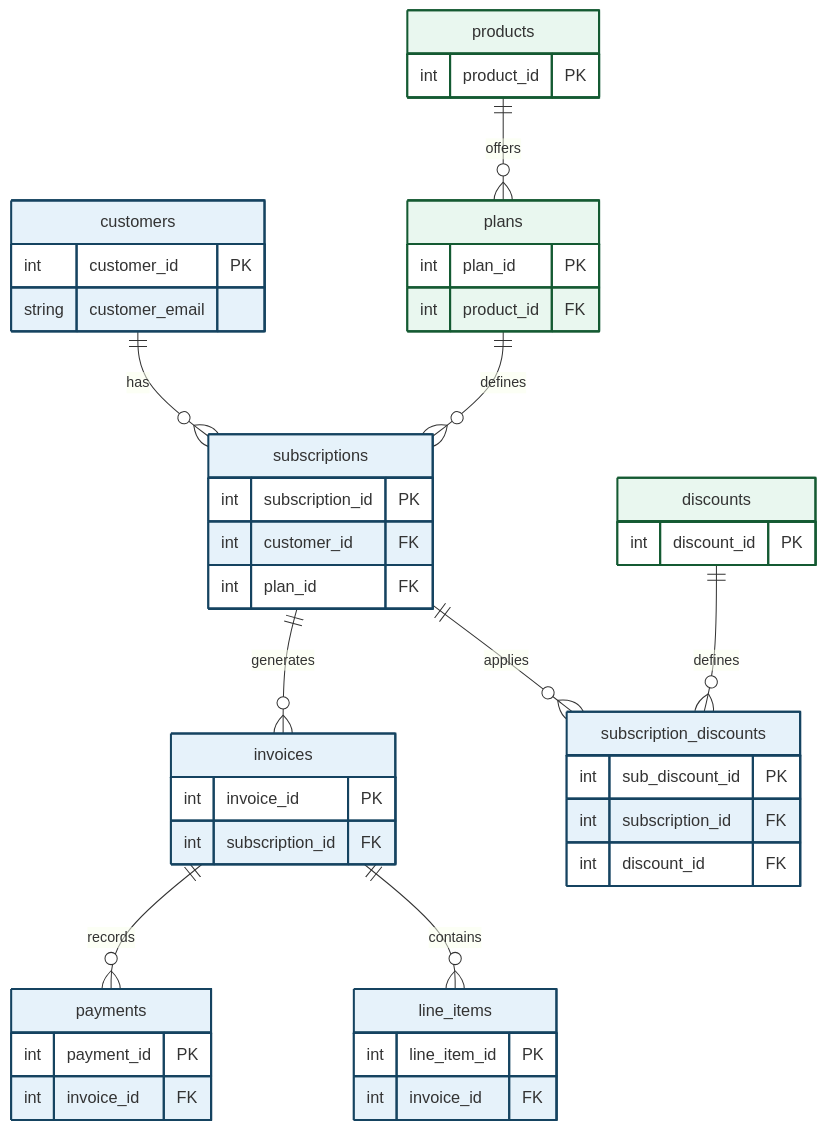
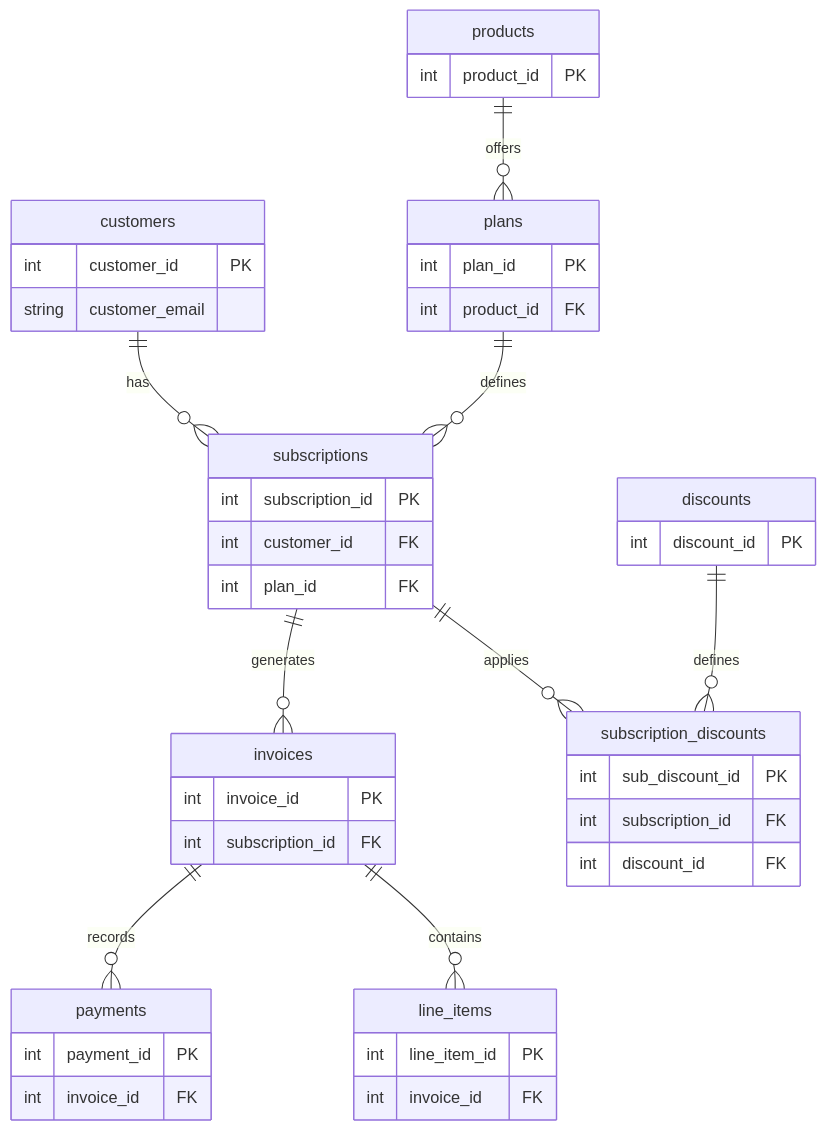
The second of 2 diagrams in load/readme.md (jugal-chauhan04/DataFlowIQ), drawn with Mermaid before and after one commit. The commit also changed other lines of this file, not shown here.

Commit message:
Created mermaid diagram for schema

````diff
--- a/load/readme.md
+++ b/load/readme.md
@@ -153,61 +155,48 @@
 ```mermaid
 erDiagram
     customers {
         int customer_id PK
         string customer_email
     }
     subscriptions {
         int subscription_id PK
         int customer_id FK
         int plan_id FK
     }
     invoices {
         int invoice_id PK
         int subscription_id FK
     }
     payments {
         int payment_id PK
         int invoice_id FK
     }
     line_items {
         int line_item_id PK
         int invoice_id FK
     }
     subscription_discounts {
         int sub_discount_id PK
         int subscription_id FK
         int discount_id FK
     }
     products {
         int product_id PK
     }
     plans {
         int plan_id PK
         int product_id FK
     }
     discounts {
         int discount_id PK
     }
 
     customers ||--o{ subscriptions : "has"
     subscriptions ||--o{ invoices : "generates"
     invoices ||--o{ payments : "records"
     invoices ||--o{ line_items : "contains"
     subscriptions ||--o{ subscription_discounts : "applies"
     products ||--o{ plans : "offers"
     plans ||--o{ subscriptions : "defines"
     discounts ||--o{ subscription_discounts : "defines"
-
-    %% Style dynamic tables (light pastel blue)
-    style customers fill:#E6F2FA,stroke:#154360,stroke-width:2px
-    style subscriptions fill:#E6F2FA,stroke:#154360,stroke-width:2px
-    style invoices fill:#E6F2FA,stroke:#154360,stroke-width:2px
-    style payments fill:#E6F2FA,stroke:#154360,stroke-width:2px
-    style line_items fill:#E6F2FA,stroke:#154360,stroke-width:2px
-    style subscription_discounts fill:#E6F2FA,stroke:#154360,stroke-width:2px
-
-    %% Style static tables (light pastel green)
-    style products fill:#E9F7EF,stroke:#145A32,stroke-width:2px
-    style plans fill:#E9F7EF,stroke:#145A32,stroke-width:2px
-    style discounts fill:#E9F7EF,stroke:#145A32,stroke-width:2px
 ```
````
